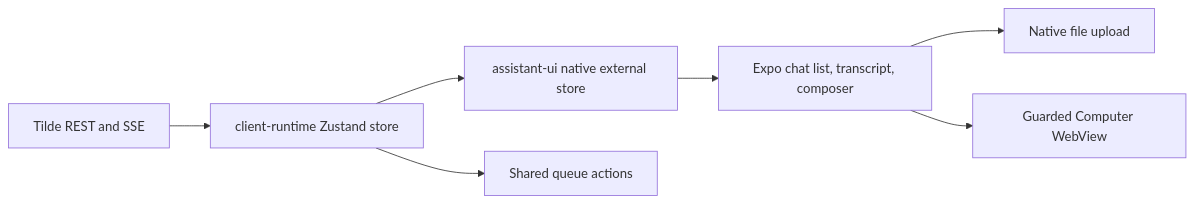
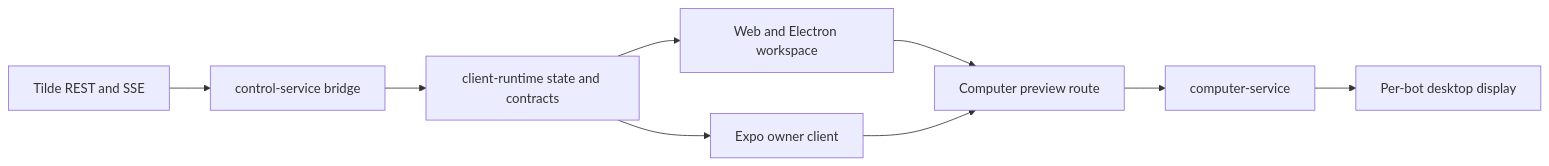
The diagram in docs/updates/63.md (trytilde/dispatch), drawn with Mermaid before and after one commit. The commit also changed other lines of this file and 103 other files, not shown here.

Commit message:
feat: complete owner workspace across clients

````diff
--- a/docs/updates/63.md
+++ b/docs/updates/63.md
@@ -17,9 +29,11 @@
 ```mermaid
 flowchart LR
-  T["Tilde REST and SSE"] --> C["client-runtime Zustand store"]
-  C --> A["assistant-ui native external store"]
-  A --> M["Expo chat list, transcript, composer"]
-  C --> Q["Shared queue actions"]
-  M --> U["Native file upload"]
-  M --> V["Guarded Computer WebView"]
+  T["Tilde REST and SSE"] --> C["control-service bridge"]
+  C --> R["client-runtime state and contracts"]
+  R --> W["Web and Electron workspace"]
+  R --> M["Expo owner client"]
+  W --> P["Computer preview route"]
+  M --> P
+  P --> S["computer-service"]
+  S --> D["Per-bot desktop display"]
 ```
````
